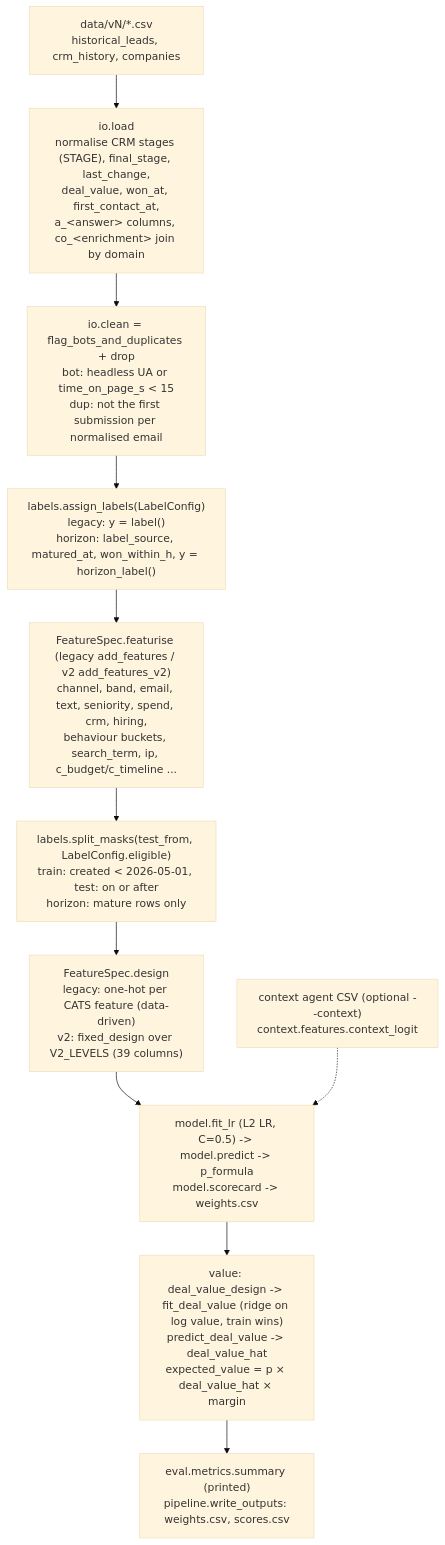
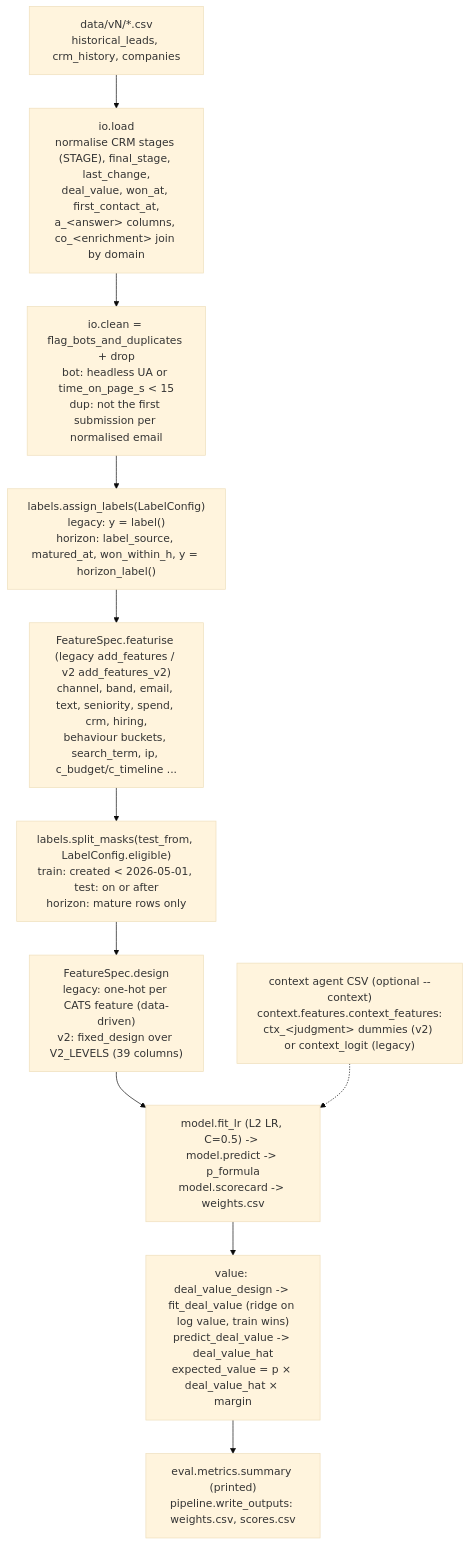
One commit to dsj-emva/learning-modal changed the first of 4 diagrams in docs/ARCHITECTURE.md. Above: the diagram before and after it, drawn with Mermaid (base theme). The commit also changed other lines of this file and 5 other files, not shown here.

````diff
--- a/docs/ARCHITECTURE.md
+++ b/docs/ARCHITECTURE.md
@@ -13,14 +13,14 @@
 ```mermaid
 flowchart TD
     CSV["data/vN/*.csv<br/>historical_leads, crm_history, companies"] --> LOAD
     LOAD["io.load<br/>normalise CRM stages (STAGE), final_stage, last_change,<br/>deal_value, won_at, first_contact_at,<br/>a_&lt;answer&gt; columns, co_&lt;enrichment&gt; join by domain"] --> CLEAN
     CLEAN["io.clean = flag_bots_and_duplicates + drop<br/>bot: headless UA or time_on_page_s &lt; 15<br/>dup: not the first submission per normalised email"] --> LABELS
     LABELS["labels.assign_labels(LabelConfig)<br/>legacy: y = label()<br/>horizon: label_source, matured_at, won_within_h, y = horizon_label()"] --> FEAT
     FEAT["FeatureSpec.featurise (legacy add_features / v2 add_features_v2)<br/>channel, band, email, text, seniority, spend, crm, hiring,<br/>behaviour buckets, search_term, ip, c_budget/c_timeline ..."] --> SPLIT
     SPLIT["labels.split_masks(test_from, LabelConfig.eligible)<br/>train: created &lt; 2026-05-01, test: on or after<br/>horizon: mature rows only"] --> DESIGN
     DESIGN["FeatureSpec.design<br/>legacy: one-hot per CATS feature (data-driven)<br/>v2: fixed_design over V2_LEVELS (39 columns)"] --> FIT
     FIT["model.fit_lr (L2 LR, C=0.5) -> model.predict -> p_formula<br/>model.scorecard -> weights.csv"] --> VALUE
     VALUE["value: deal_value_design -> fit_deal_value (ridge on log value, train wins)<br/>predict_deal_value -> deal_value_hat<br/>expected_value = p × deal_value_hat × margin"] --> OUT
-    CTX["context agent CSV (optional --context)<br/>context.features.context_logit"] -.-> FIT
+    CTX["context agent CSV (optional --context)<br/>context.features.context_features:<br/>ctx_&lt;judgment&gt; dummies (v2) or context_logit (legacy)"] -.-> FIT
     OUT["eval.metrics.summary (printed)<br/>pipeline.write_outputs: weights.csv, scores.csv"]
 ```
````
